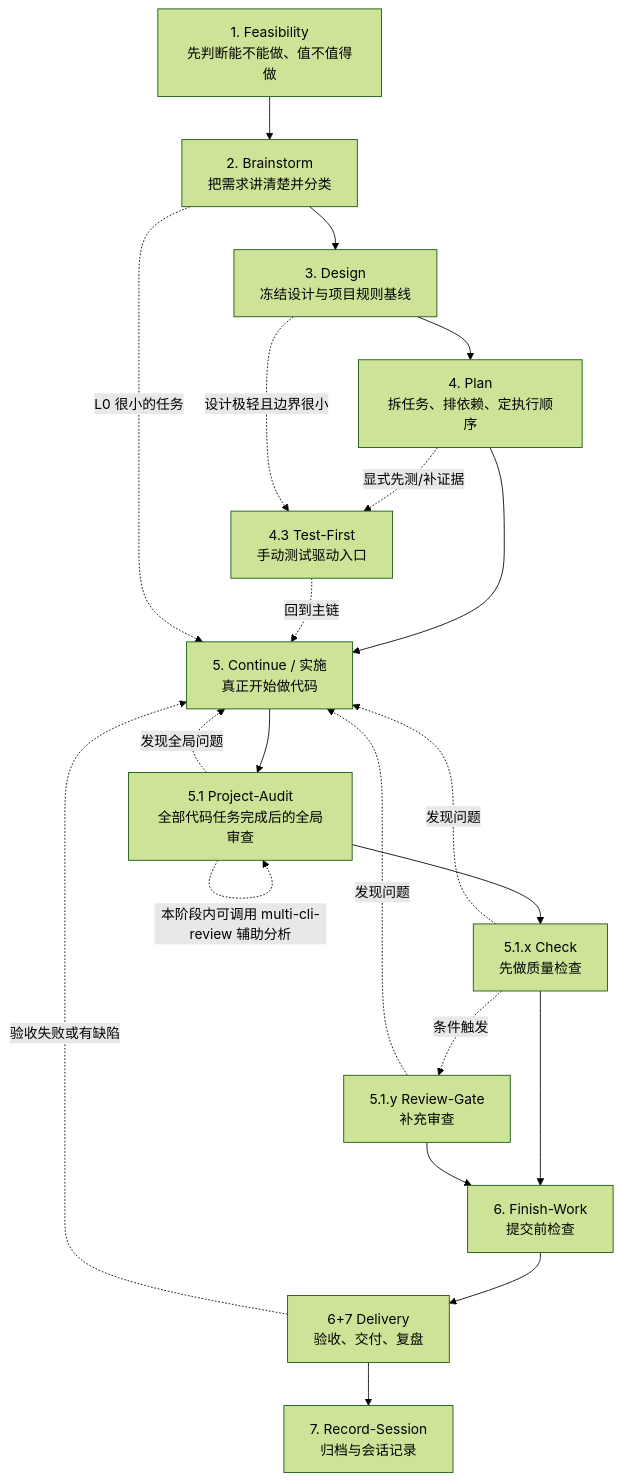
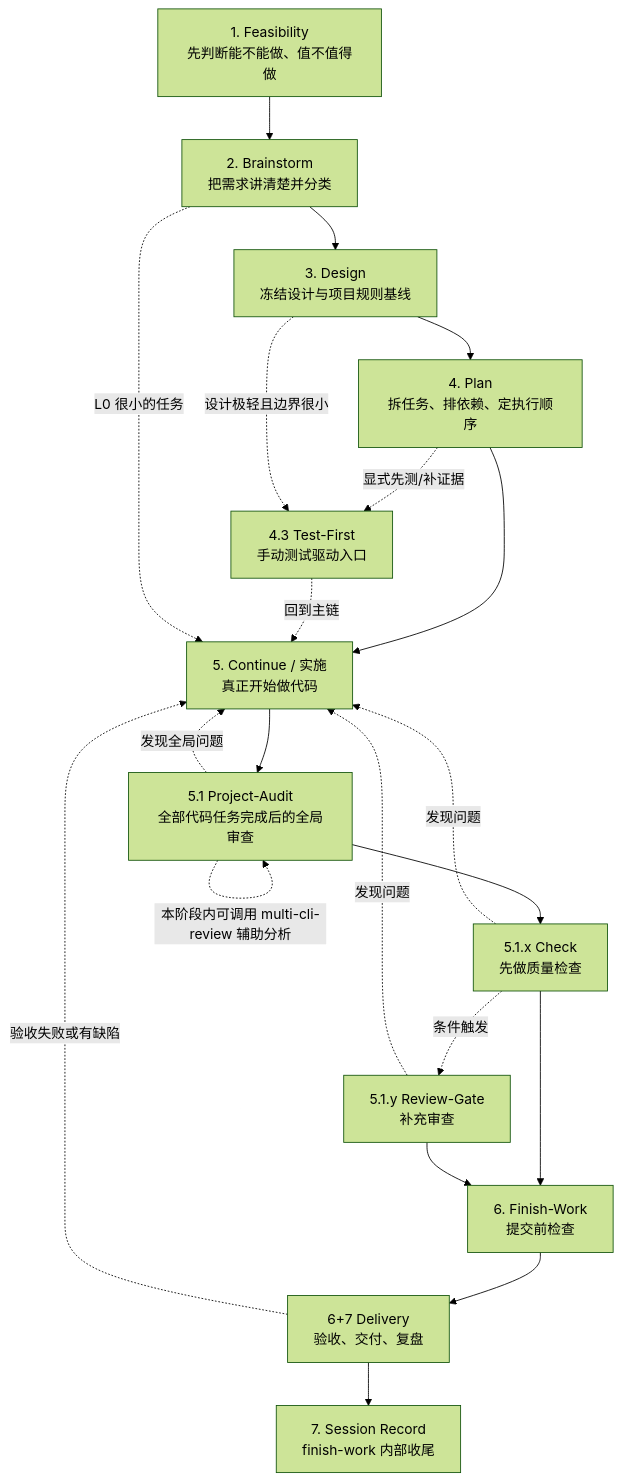
One commit to StarForAll/ai-coding-toolkit changed the diagram in docs/workflows/新项目开发工作流/工作流全局流转说明（通俗版）.md. Above: the diagram before and after it, drawn with Mermaid (forest theme). The commit also changed other lines of this file and 21 other files, not shown here.

Commit message:
fix(workflow): align finish-work session-record semantics

````diff
--- a/docs/workflows/新项目开发工作流/工作流全局流转说明（通俗版）.md
+++ b/docs/workflows/新项目开发工作流/工作流全局流转说明（通俗版）.md
@@ -60,24 +61,24 @@
 ```mermaid
 flowchart TD
     A[1. Feasibility<br/>先判断能不能做、值不值得做] --> B[2. Brainstorm<br/>把需求讲清楚并分类]
     B --> C[3. Design<br/>冻结设计与项目规则基线]
     C --> D[4. Plan<br/>拆任务、排依赖、定执行顺序]
     D --> F[5. Continue / 实施<br/>真正开始做代码]
     D -. 显式先测/补证据 .-> E[4.3 Test-First<br/>手动测试驱动入口]
     E -. 回到主链 .-> F
     F --> G[5.1 Project-Audit<br/>全部代码任务完成后的全局审查]
     G --> H[5.1.x Check<br/>先做质量检查]
     H --> J[6. Finish-Work<br/>提交前检查]
     H -. 条件触发 .-> I[5.1.y Review-Gate<br/>补充审查]
     I --> J
     J --> K[6+7 Delivery<br/>验收、交付、复盘]
-    K --> L[7. Record-Session<br/>归档与会话记录]
+    K --> L[7. Session Record<br/>finish-work 内部收尾]
 
     B -. L0 很小的任务 .-> F
     C -. 设计极轻且边界很小 .-> E
     G -. 发现全局问题 .-> F
     G -. 本阶段内可调用 multi-cli-review 辅助分析 .-> G
     H -. 发现问题 .-> F
     I -. 发现问题 .-> F
     K -. 验收失败或有缺陷 .-> F
 ```
````
